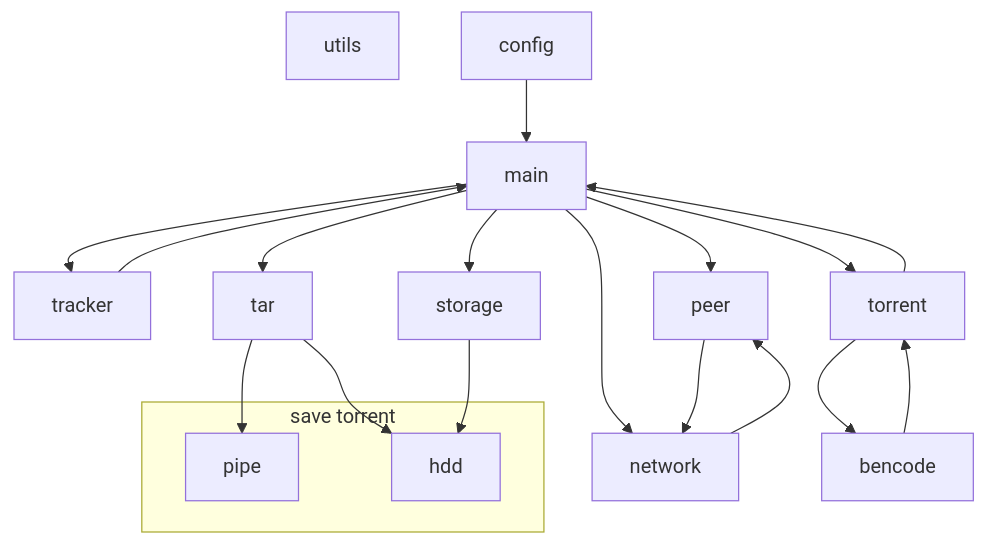
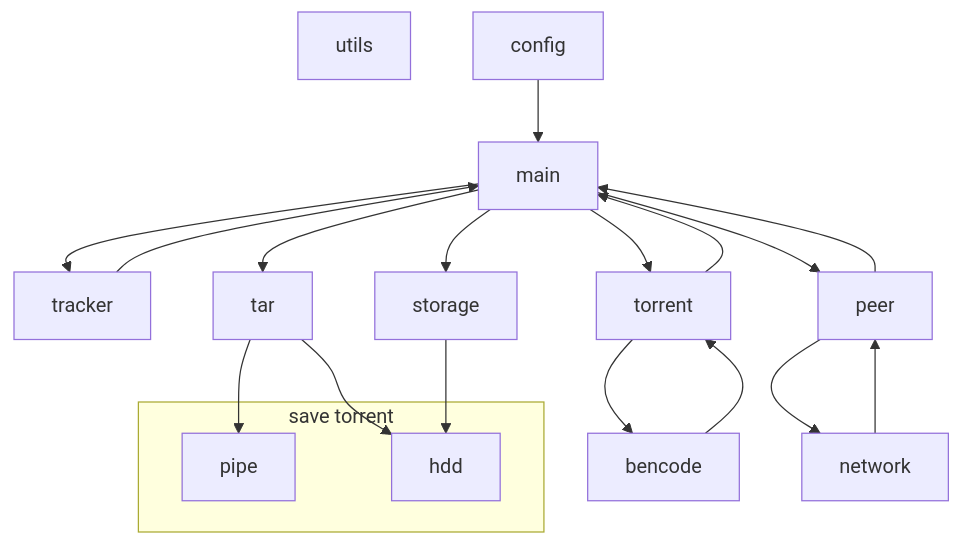
Before and after one commit to molnija3d/C-2025-09-EVGENIY-Z: the diagram in FINAL/README.MD, drawn with Mermaid.

Commit message:
working on markdown

````diff
--- a/FINAL/README.MD
+++ b/FINAL/README.MD
@@ -142,24 +142,24 @@
 ```mermaid
 flowchart TD
  utils
  config --> main
  main --> tracker
  main --> peer
  main --> storage
  main --> tar
  main --> torrent
- main --> network
  tracker --> main
  torrent --> bencode
  torrent --> main
  network --> peer
  peer --> network
+ peer --> main
  bencode --> torrent
  tar --> pipe
  tar --> hdd
  storage --> hdd 
 subgraph "save torrent" 
  pipe
  hdd
  end
 ```
````
